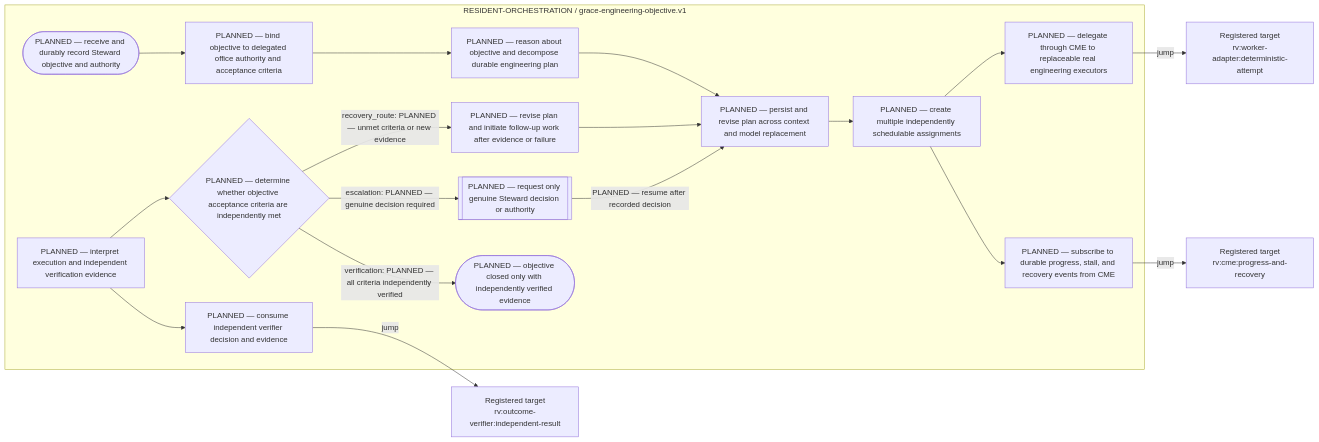
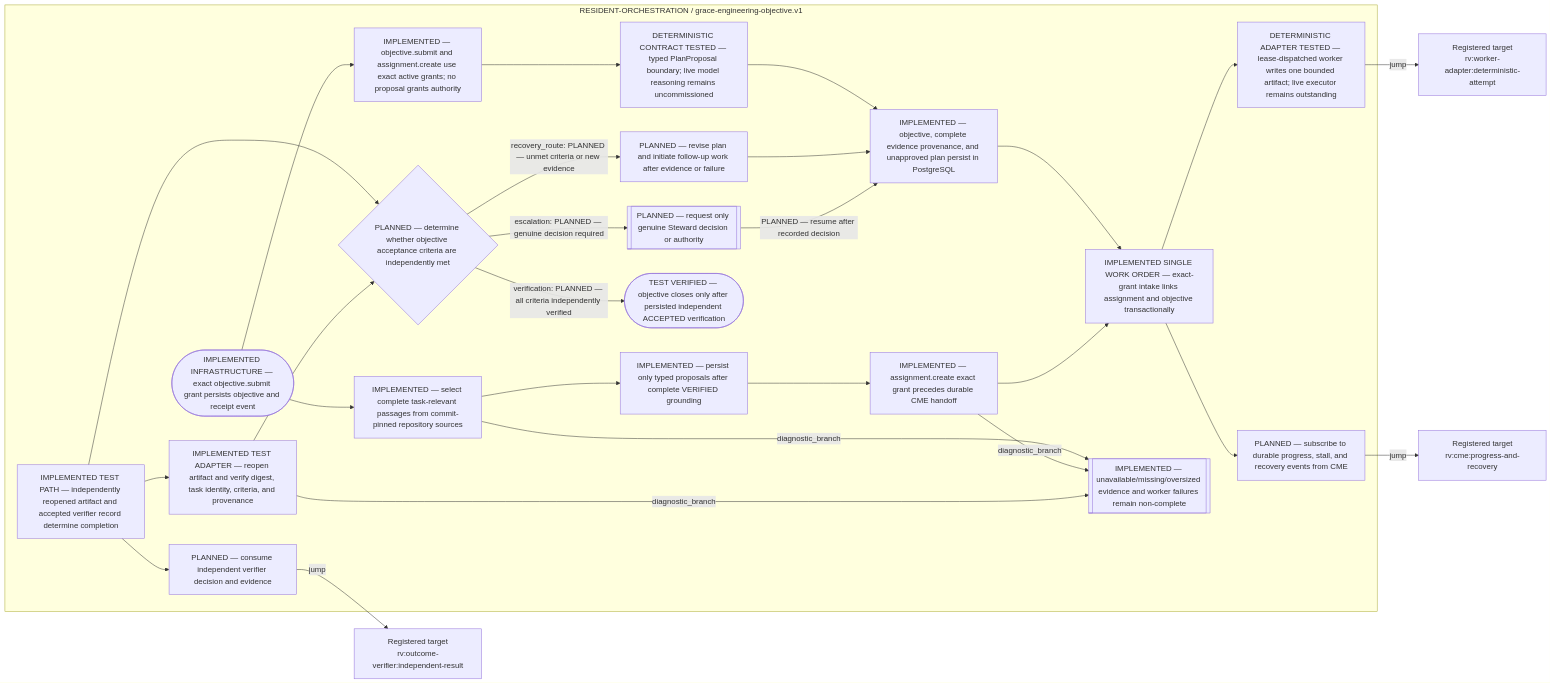
One commit to ppow1/Riverview- changed the second of 2 diagrams in docs/components/GRACE_OPERATIONAL_INTEGRATION_FLOW.md. Above: the diagram before and after it, drawn with Mermaid. The commit also changed other lines of this file and 50 other files, not shown here.

Commit message:
feat(grace): persist governed objective work orders

````diff
--- a/docs/components/GRACE_OPERATIONAL_INTEGRATION_FLOW.md
+++ b/docs/components/GRACE_OPERATIONAL_INTEGRATION_FLOW.md
@@ -60,38 +71,52 @@
 ```mermaid
 flowchart LR
   subgraph g_rv_grace_operational_integration["RESIDENT-ORCHESTRATION / grace-engineering-objective.v1"]
-    g_rv_grace_operational_integration_objective_intake_55567c14(["PLANNED — receive and durably record Steward objective and authority"])
-    g_rv_grace_operational_integration_authority_check_71ce44bf["PLANNED — bind objective to delegated office authority and acceptance criteria"]
-    g_rv_grace_operational_integration_reason_decompose_d48619ca["PLANNED — reason about objective and decompose durable engineering plan"]
-    g_rv_grace_operational_integration_durable_plan_26bc431c["PLANNED — persist and revise plan across context and model replacement"]
-    g_rv_grace_operational_integration_assignment_fanout_81ca8043["PLANNED — create multiple independently schedulable assignments"]
-    g_rv_grace_operational_integration_worker_dispatch_20506b72["PLANNED — delegate through CME to replaceable real engineering executors"]
+    g_rv_grace_operational_integration_objective_intake_55567c14(["IMPLEMENTED INFRASTRUCTURE — exact objective.submit grant persists objective and receipt event"])
+    g_rv_grace_operational_integration_authority_check_71ce44bf["IMPLEMENTED — objective.submit and assignment.create use exact active grants; no proposal grants authority"]
+    g_rv_grace_operational_integration_reason_decompose_d48619ca["DETERMINISTIC CONTRACT TESTED — typed PlanProposal boundary; live model reasoning remains uncommissioned"]
+    g_rv_grace_operational_integration_durable_plan_26bc431c["IMPLEMENTED — objective, complete evidence provenance, and unapproved plan persist in PostgreSQL"]
+    g_rv_grace_operational_integration_assignment_fanout_81ca8043["IMPLEMENTED SINGLE WORK ORDER — exact-grant intake links assignment and objective transactionally"]
+    g_rv_grace_operational_integration_worker_dispatch_20506b72["DETERMINISTIC ADAPTER TESTED — lease-dispatched worker writes one bounded artifact; live executor remains outstanding"]
     g_rv_grace_operational_integration_cme_progress_68f6775b["PLANNED — subscribe to durable progress, stall, and recovery events from CME"]
-    g_rv_grace_operational_integration_evidence_review_600fe7b4["PLANNED — interpret execution and independent verification evidence"]
+    g_rv_grace_operational_integration_evidence_review_600fe7b4["IMPLEMENTED TEST PATH — independently reopened artifact and accepted verifier record determine completion"]
     g_rv_grace_operational_integration_verification_feedback_3d572dc6["PLANNED — consume independent verifier decision and evidence"]
     g_rv_grace_operational_integration_objective_check_1e4d916a{"PLANNED — determine whether objective acceptance criteria are independently met"}
     g_rv_grace_operational_integration_replan_58351ccd["PLANNED — revise plan and initiate follow-up work after evidence or failure"]
     g_rv_grace_operational_integration_steward_escalation_ca57acbb[["PLANNED — request only genuine Steward decision or authority"]]
-    g_rv_grace_operational_integration_objective_complete_a6f22d23(["PLANNED — objective closed only with independently verified evidence"])
+    g_rv_grace_operational_integration_objective_complete_a6f22d23(["TEST VERIFIED — objective closes only after persisted independent ACCEPTED verification"])
+    g_rv_grace_operational_integration_bounded_evidence_selection_eb29b3f5["IMPLEMENTED — select complete task-relevant passages from commit-pinned repository sources"]
+    g_rv_grace_operational_integration_proposal_validation_90e4c0ca["IMPLEMENTED — persist only typed proposals after complete VERIFIED grounding"]
+    g_rv_grace_operational_integration_work_order_authorization_829196dd["IMPLEMENTED — assignment.create exact grant precedes durable CME handoff"]
+    g_rv_grace_operational_integration_independent_artifact_check_2502f001["IMPLEMENTED TEST ADAPTER — reopen artifact and verify digest, task identity, criteria, and provenance"]
+    g_rv_grace_operational_integration_waiting_and_failure_0a7985d4[["IMPLEMENTED — unavailable/missing/oversized evidence and worker failures remain non-complete"]]
   end
   g_rv_worker_adapter_deterministic_attempt_continuous_cycle_b746f9c4["Registered target<br/>rv:worker-adapter:deterministic-attempt"]
   g_rv_cme_progress_and_recovery_observe_428defda["Registered target<br/>rv:cme:progress-and-recovery"]
   g_rv_outcome_verifier_independent_result_decision_5500806a["Registered target<br/>rv:outcome-verifier:independent-result"]
   g_rv_grace_operational_integration_objective_intake_55567c14 --> g_rv_grace_operational_integration_authority_check_71ce44bf
   g_rv_grace_operational_integration_authority_check_71ce44bf --> g_rv_grace_operational_integration_reason_decompose_d48619ca
   g_rv_grace_operational_integration_reason_decompose_d48619ca --> g_rv_grace_operational_integration_durable_plan_26bc431c
   g_rv_grace_operational_integration_durable_plan_26bc431c --> g_rv_grace_operational_integration_assignment_fanout_81ca8043
   g_rv_grace_operational_integration_assignment_fanout_81ca8043 --> g_rv_grace_operational_integration_worker_dispatch_20506b72
   g_rv_grace_operational_integration_worker_dispatch_20506b72 -->|jump| g_rv_worker_adapter_deterministic_attempt_continuous_cycle_b746f9c4
   g_rv_grace_operational_integration_assignment_fanout_81ca8043 --> g_rv_grace_operational_integration_cme_progress_68f6775b
   g_rv_grace_operational_integration_cme_progress_68f6775b -->|jump| g_rv_cme_progress_and_recovery_observe_428defda
   g_rv_grace_operational_integration_evidence_review_600fe7b4 --> g_rv_grace_operational_integration_objective_check_1e4d916a
   g_rv_grace_operational_integration_evidence_review_600fe7b4 --> g_rv_grace_operational_integration_verification_feedback_3d572dc6
   g_rv_grace_operational_integration_verification_feedback_3d572dc6 -->|jump| g_rv_outcome_verifier_independent_result_decision_5500806a
   g_rv_grace_operational_integration_objective_check_1e4d916a -->|verification: PLANNED — all criteria independently verified| g_rv_grace_operational_integration_objective_complete_a6f22d23
   g_rv_grace_operational_integration_objective_check_1e4d916a -->|recovery_route: PLANNED — unmet criteria or new evidence| g_rv_grace_operational_integration_replan_58351ccd
   g_rv_grace_operational_integration_objective_check_1e4d916a -->|escalation: PLANNED — genuine decision required| g_rv_grace_operational_integration_steward_escalation_ca57acbb
   g_rv_grace_operational_integration_replan_58351ccd --> g_rv_grace_operational_integration_durable_plan_26bc431c
   g_rv_grace_operational_integration_steward_escalation_ca57acbb -->|PLANNED — resume after recorded decision| g_rv_grace_operational_integration_durable_plan_26bc431c
+  g_rv_grace_operational_integration_objective_intake_55567c14 --> g_rv_grace_operational_integration_bounded_evidence_selection_eb29b3f5
+  g_rv_grace_operational_integration_bounded_evidence_selection_eb29b3f5 --> g_rv_grace_operational_integration_proposal_validation_90e4c0ca
+  g_rv_grace_operational_integration_bounded_evidence_selection_eb29b3f5 -->|diagnostic_branch| g_rv_grace_operational_integration_waiting_and_failure_0a7985d4
+  g_rv_grace_operational_integration_proposal_validation_90e4c0ca --> g_rv_grace_operational_integration_work_order_authorization_829196dd
+  g_rv_grace_operational_integration_work_order_authorization_829196dd --> g_rv_grace_operational_integration_assignment_fanout_81ca8043
+  g_rv_grace_operational_integration_work_order_authorization_829196dd -->|diagnostic_branch| g_rv_grace_operational_integration_waiting_and_failure_0a7985d4
+  g_rv_grace_operational_integration_independent_artifact_check_2502f001 --> g_rv_grace_operational_integration_objective_check_1e4d916a
+  g_rv_grace_operational_integration_independent_artifact_check_2502f001 -->|diagnostic_branch| g_rv_grace_operational_integration_waiting_and_failure_0a7985d4
+  g_rv_grace_operational_integration_evidence_review_600fe7b4 --> g_rv_grace_operational_integration_independent_artifact_check_2502f001
   classDef failure fill:#fee,stroke:#b00,stroke-width:2px
 ```
````
